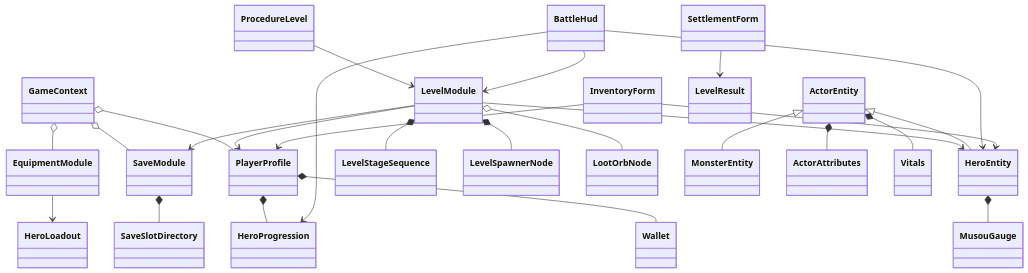
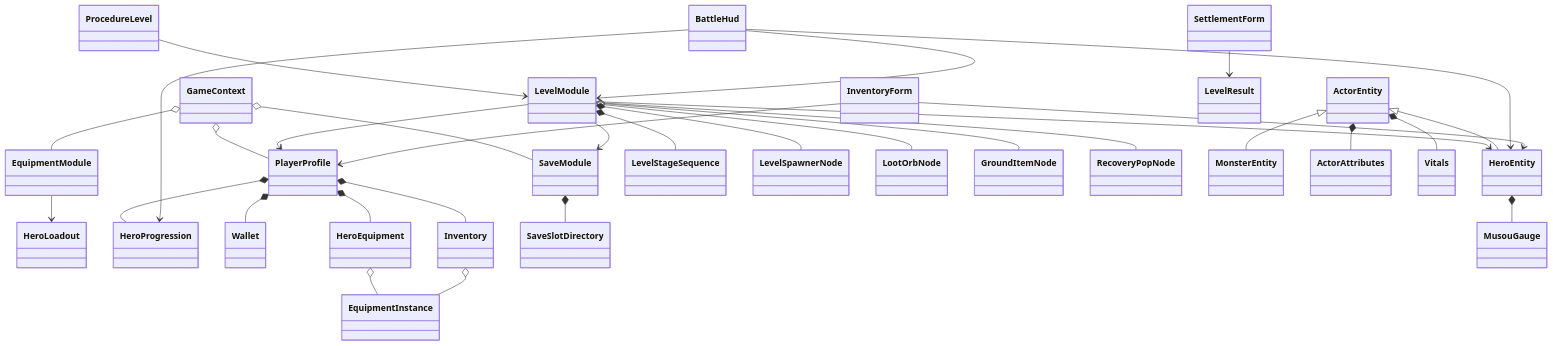
One commit to zheliku/GameZMXY changed the first of 2 diagrams in Docs/ProjectTour.md. Above: the diagram before and after it, drawn with Mermaid. The commit also changed other lines of this file and 318 other files, not shown here.

Commit message:
feat(equipment): 接入装备掉落、背包管理与地面恢复品，并重做造一悟空五段普攻。新增装备、装备掉落池与恢复品配置及生成类型。新增地面物品与恢复数字节点，按官方规则生成装备及桃子、蓝瓶掉落，接触拾取、满包保留并按秒过期，不写盘。背包界面接入分类分页、品质出售、装备操作菜单与详情提示，穿脱出售统一经关卡与装备模块提交，窗口不直接改档案。悟空改用官方造一身体、武器图集与五段普攻时间轴，逐帧拟合矩形判定盒，移除固定金箍棒棒影并保留原版弧光。受击保留朝向不再强制转身，击退仍按攻击方向计算。

````diff
--- a/Docs/ProjectTour.md
+++ b/Docs/ProjectTour.md
@@ -13,28 +13,34 @@
 ```mermaid
 classDiagram
     GameContext o-- PlayerProfile
     GameContext o-- SaveModule
     GameContext o-- EquipmentModule
     EquipmentModule --> HeroLoadout
     PlayerProfile *-- HeroProgression
     PlayerProfile *-- Wallet
+    PlayerProfile *-- HeroEquipment
+    HeroEquipment o-- EquipmentInstance
+    PlayerProfile *-- Inventory
+    Inventory o-- EquipmentInstance
     SaveModule *-- SaveSlotDirectory
     ProcedureLevel --> LevelModule
     LevelModule --> PlayerProfile
     LevelModule --> SaveModule
     LevelModule --> HeroEntity
     LevelModule *-- LevelStageSequence
     LevelModule *-- LevelSpawnerNode
     LevelModule o-- LootOrbNode
+    LevelModule o-- GroundItemNode
+    LevelModule o-- RecoveryPopNode
     ActorEntity <|-- HeroEntity
     ActorEntity <|-- MonsterEntity
     ActorEntity *-- ActorAttributes
     ActorEntity *-- Vitals
     HeroEntity *-- MusouGauge
     BattleHud --> HeroEntity
     BattleHud --> HeroProgression
     BattleHud --> LevelModule
     InventoryForm --> HeroEntity
     InventoryForm --> PlayerProfile
     SettlementForm --> LevelResult
 ```
````
